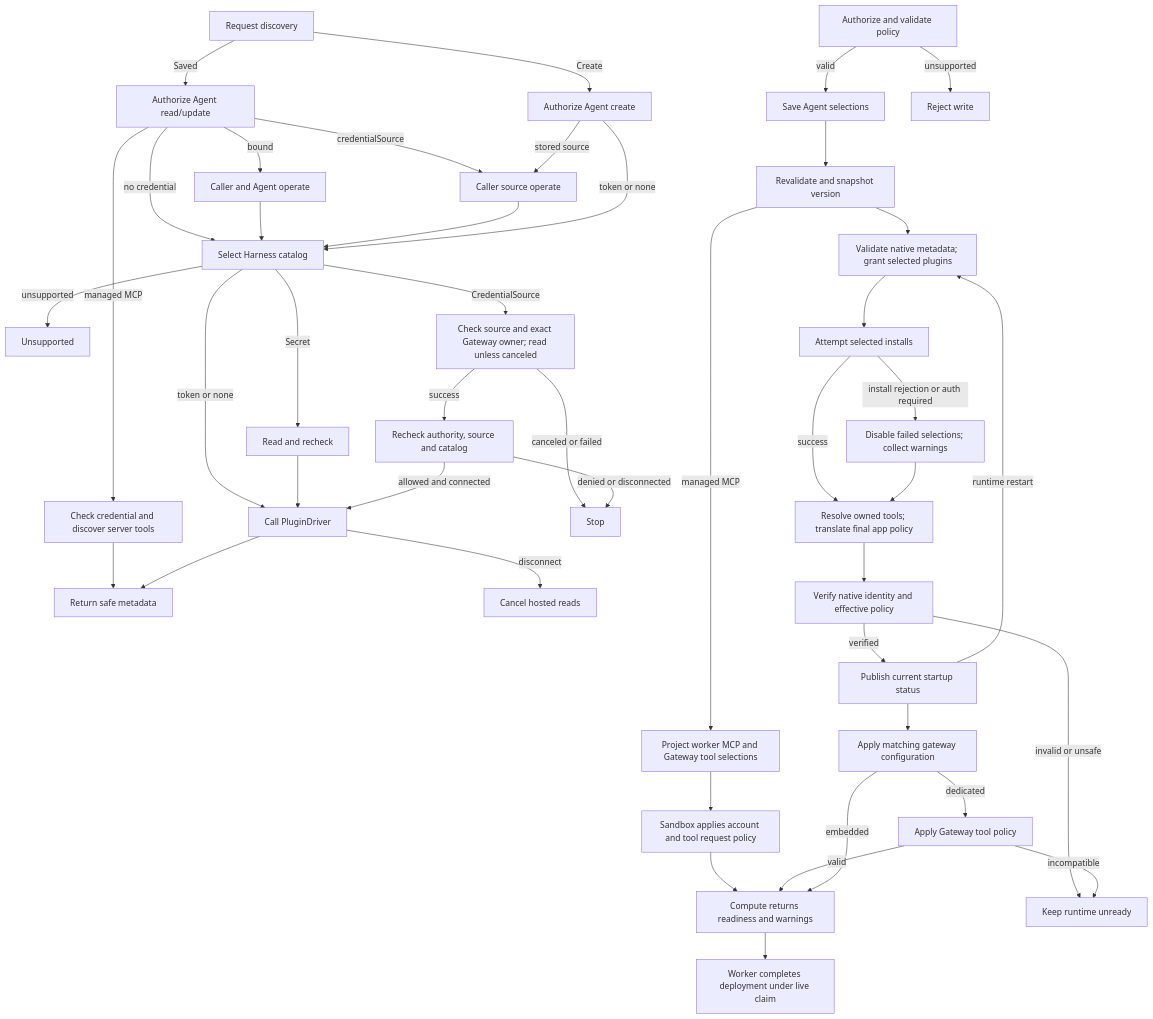
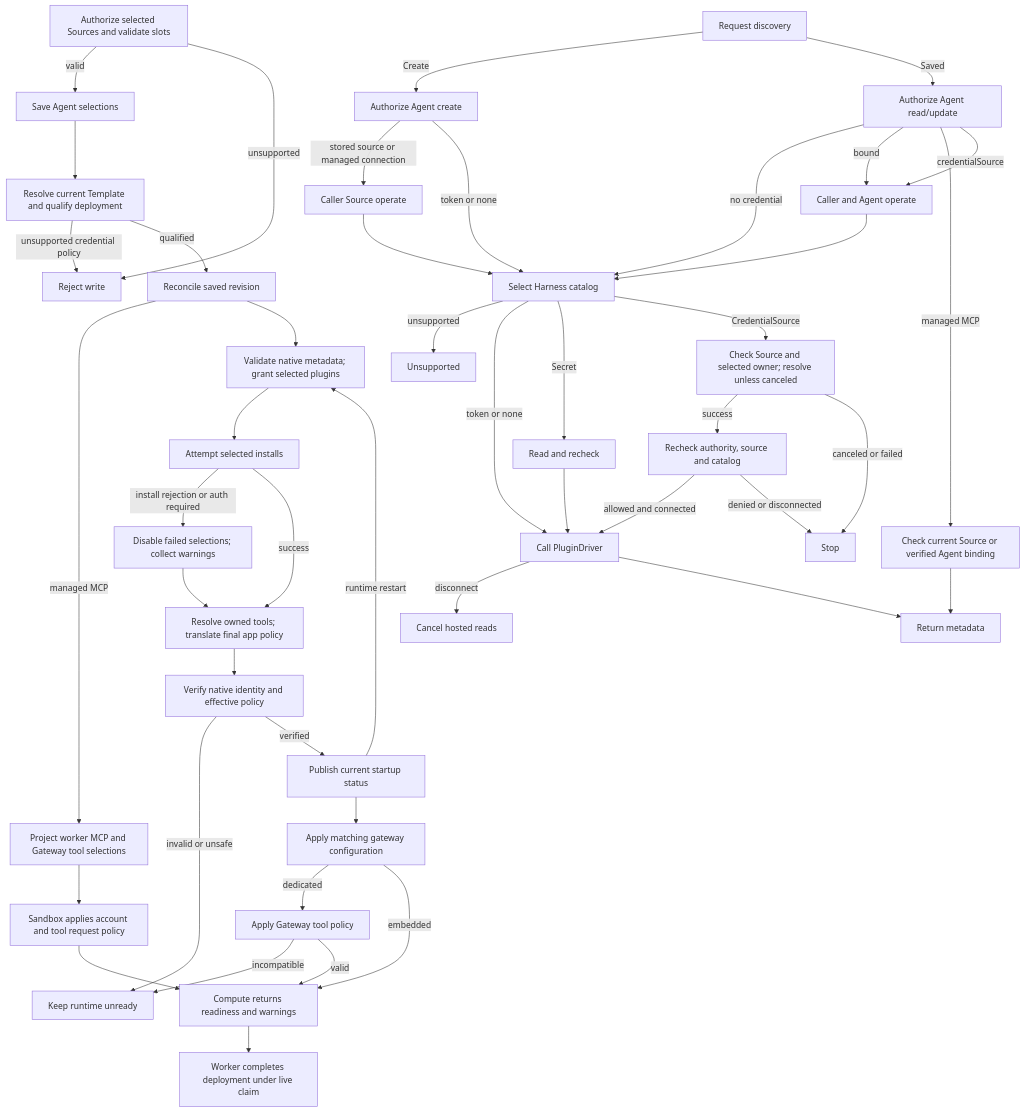
One commit to openclaw/openclaw-enterprise changed the diagram in docs/flows/agent-plugins.md. Above: the diagram before and after it, drawn with Mermaid. The commit also changed other lines of this file and 684 other files, not shown here.

First line of the commit message:
Credential cutover: TokenService and native Credential Proxy (#7224)

````diff
--- a/docs/flows/agent-plugins.md
+++ b/docs/flows/agent-plugins.md
@@ -25,42 +25,44 @@
 ```mermaid
 graph TD
   D0["Request discovery"] -->|Create| D1["Authorize Agent create"]
   D0 -->|Saved| E0["Authorize Agent read/update"]
   E0 -->|no credential| D6
   E0 -->|bound| E1["Caller and Agent operate"] --> D6
-  E0 -->|managed MCP| M0["Check credential and discover server tools"] --> D5
-  E0 -->|credentialSource| D2
-  D1 -->|stored source| D2["Caller source operate"] --> D6["Select Harness catalog"]
+  E0 -->|managed MCP| M0["Check current Source or verified Agent binding"] --> D5
+  E0 -->|credentialSource| E1
+  D1 -->|stored source or managed connection| D2["Caller Source operate"] --> D6["Select Harness catalog"]
   D1 -->|token or none| D6
   D6 -->|unsupported| D7["Unsupported"]
   D6 -->|token or none| D4["Call PluginDriver"]
   D6 -->|Secret| D3["Read and recheck"] --> D4
-  D6 -->|CredentialSource| D9["Check source and exact Gateway owner; read unless canceled"]
+  D6 -->|CredentialSource| D9["Check Source and selected owner; resolve unless canceled"]
   D9 -->|success| D10["Recheck authority, source and catalog"]
   D10 -->|allowed and connected| D4
   D9 -->|canceled or failed| D12["Stop"]
   D10 -->|denied or disconnected| D12
   D4 -->|disconnect| D8["Cancel hosted reads"]
-  D4 --> D5["Return safe metadata"]
-  A["Authorize and validate policy"] -->|valid| S["Save Agent selections"]
+  D4 --> D5["Return metadata"]
+  A["Authorize selected Sources and validate slots"] -->|valid| S["Save Agent selections"]
   A -->|unsupported| Y["Reject write"]
-  S --> B["Revalidate and snapshot version"]
-  B -->|managed MCP| K["Project worker MCP and Gateway tool selections"]
+  S --> B["Resolve current Template and qualify deployment"]
+  B -->|unsupported credential policy| Y
+  B -->|qualified| R["Reconcile saved revision"]
+  R -->|managed MCP| K["Project worker MCP and Gateway tool selections"]
   K --> L["Sandbox applies account and tool request policy"]
   L --> I
-  B --> C["Validate native metadata; grant selected plugins"]
+  R --> C["Validate native metadata; grant selected plugins"]
   C --> D["Attempt selected installs"]
   D -->|install rejection or auth required| E["Disable failed selections; collect warnings"]
   D -->|success| T["Resolve owned tools; translate final app policy"]
   E --> T
   T --> F["Verify native identity and effective policy"]
   F -->|invalid or unsafe| X["Keep runtime unready"]
   F -->|verified| G["Publish current startup status"]
   G --> H["Apply matching gateway configuration"]
   H -->|dedicated| P["Apply Gateway tool policy"]
   P -->|incompatible| X
   P -->|valid| I
   H -->|embedded| I["Compute returns readiness and warnings"]
   I --> J["Worker completes deployment under live claim"]
   G -->|runtime restart| C
 ```
````
